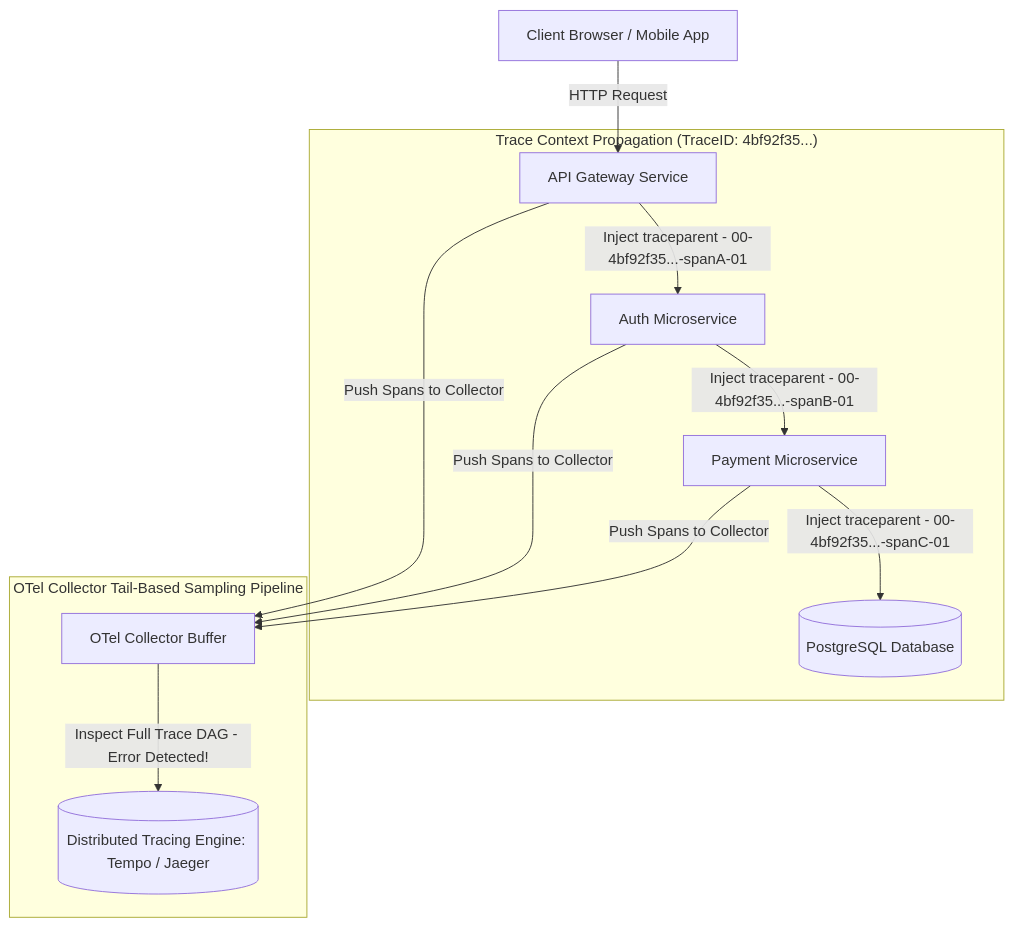
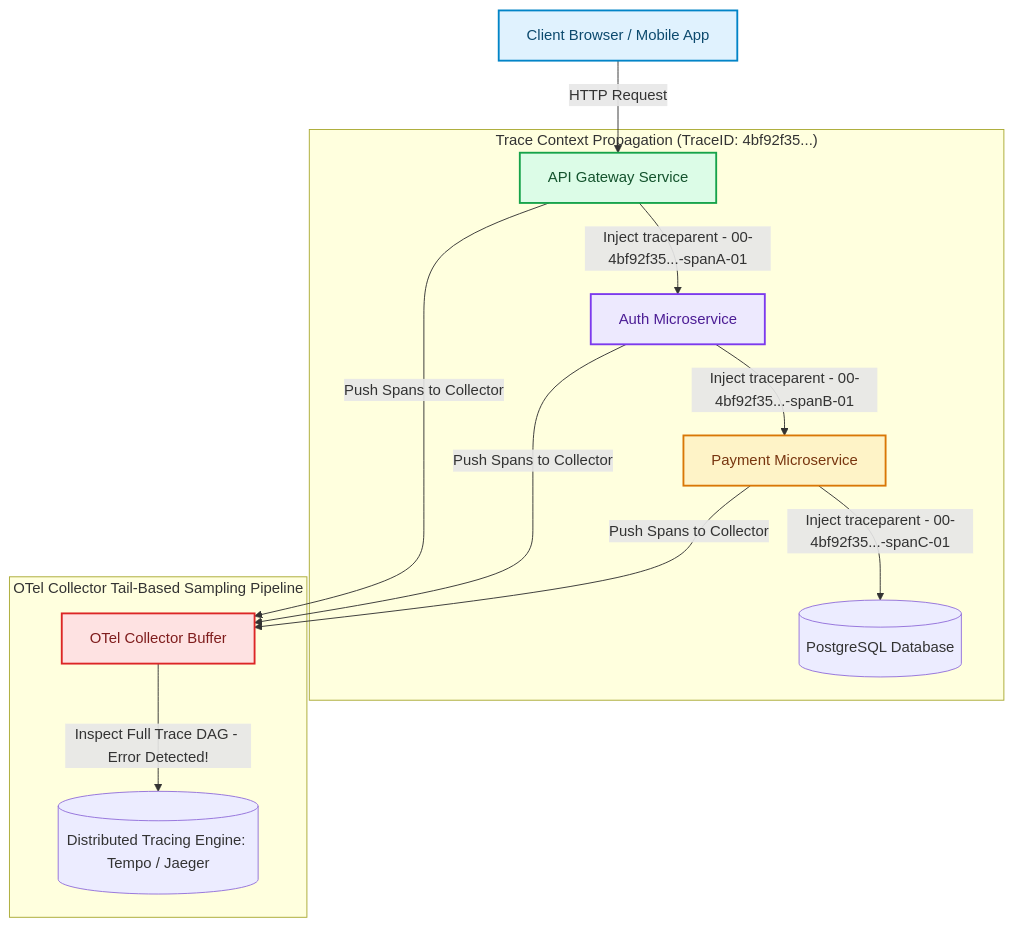
One commit to akmalkhaniub/akmalkhaniub.github.io changed the diagram in blog/posts/distributed-tracing-context-propagation-w3c-trace-context.md. Above: the diagram before and after it, drawn with Mermaid. The commit also changed other lines of this file and 1291 other files, not shown here.

First line of the commit message:
feat(catalog): unique covers, scholarly references, and diagram palettes

````diff
--- a/blog/posts/distributed-tracing-context-propagation-w3c-trace-context.md
+++ b/blog/posts/distributed-tracing-context-propagation-w3c-trace-context.md
@@ -19,15 +19,26 @@
 ```mermaid
 flowchart TD
-  Client[Client Browser / Mobile App] -->|HTTP Request| Gateway[API Gateway Service]
+  Client["Client Browser / Mobile App"] -->|HTTP Request| Gateway["API Gateway Service"]
   
   subgraph SG1_TraceContextPropagation ["Trace Context Propagation (TraceID: 4bf92f35...)"]
-    Gateway -->|Inject traceparent - 00-4bf92f35...-spanA-01| AuthSvc[Auth Microservice]
-    AuthSvc -->|Inject traceparent - 00-4bf92f35...-spanB-01| PaymentSvc[Payment Microservice]
+    Gateway -->|Inject traceparent - 00-4bf92f35...-spanA-01| AuthSvc["Auth Microservice"]
+    AuthSvc -->|Inject traceparent - 00-4bf92f35...-spanB-01| PaymentSvc["Payment Microservice"]
     PaymentSvc -->|Inject traceparent - 00-4bf92f35...-spanC-01| DB[(PostgreSQL Database)]
   end
   
   subgraph SG2_OtelCollectorTail ["OTel Collector Tail-Based Sampling Pipeline"]
-    Gateway & AuthSvc & PaymentSvc -->|Push Spans to Collector| OTelCollector[OTel Collector Buffer]
+    Gateway & AuthSvc & PaymentSvc -->|Push Spans to Collector| OTelCollector["OTel Collector Buffer"]
     OTelCollector -->|Inspect Full Trace DAG - Error Detected!| TraceStorage[(Distributed Tracing Engine: Tempo / Jaeger)]
   end
+
+classDef green fill:#dcfce7,stroke:#16a34a,stroke-width:2px,color:#14532d;
+classDef red fill:#fee2e2,stroke:#dc2626,stroke-width:2px,color:#7f1d1d;
+classDef blue fill:#e0f2fe,stroke:#0284c7,stroke-width:2px,color:#0c4a6e;
+classDef yellow fill:#fef3c7,stroke:#d97706,stroke-width:2px,color:#78350f;
+classDef purple fill:#ede9fe,stroke:#7c3aed,stroke-width:2px,color:#4c1d95;
+class Client blue
+class Gateway green
+class AuthSvc purple
+class PaymentSvc yellow
+class OTelCollector red
 ```
````
